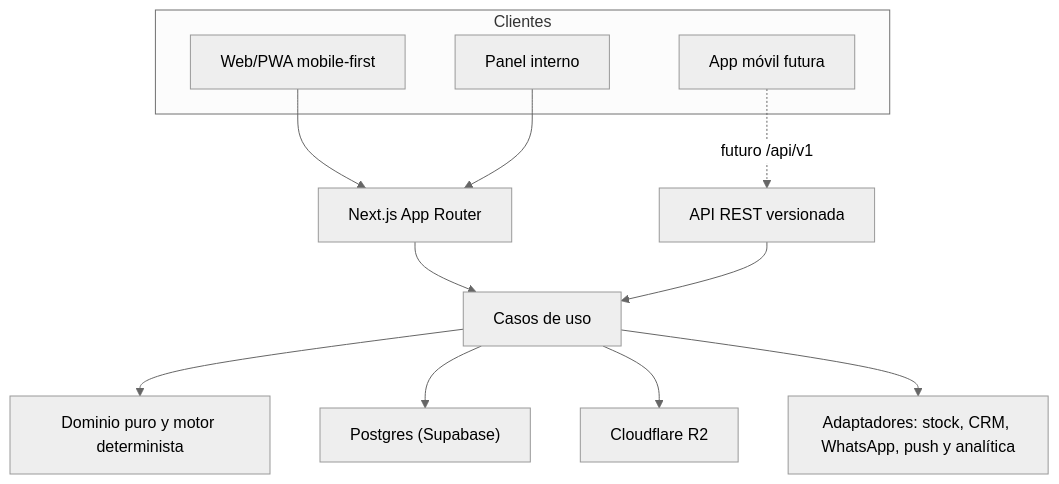
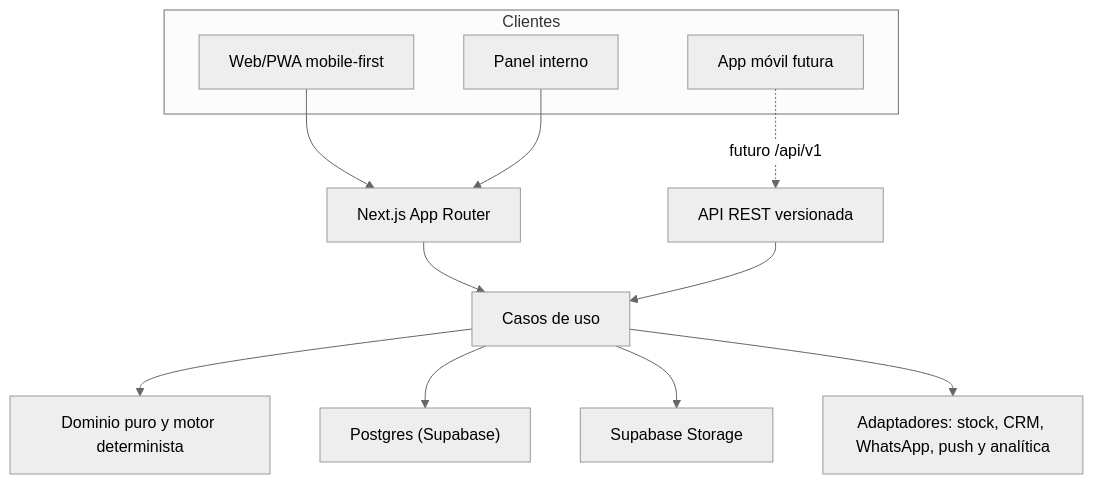
Before and after one commit to bajo3/JD-APP: the third of 3 diagrams in PLAN_MAESTRO_V1.md, drawn with Mermaid (neutral theme). The commit also changed other lines of this file and 14 other files, not shown here.

First line of the commit message:
feat: migrar object storage de Cloudflare R2 a Supabase Storage

````diff
--- a/PLAN_MAESTRO_V1.md
+++ b/PLAN_MAESTRO_V1.md
@@ -105,18 +105,18 @@
 ```mermaid
 flowchart TB
     subgraph Clientes
         W["Web/PWA mobile-first"]
         M["App móvil futura"]
         P["Panel interno"]
     end
 
     W --> N["Next.js App Router"]
     P --> N
     M -. "futuro /api/v1" .-> API["API REST versionada"]
     N --> APP["Casos de uso"]
     API --> APP
     APP --> DOM["Dominio puro y motor determinista"]
     APP --> DB["Postgres (Supabase)"]
-    APP --> STORE["Cloudflare R2"]
+    APP --> STORE["Supabase Storage"]
     APP --> PORTS["Adaptadores: stock, CRM, WhatsApp, push y analítica"]
 ```
````
